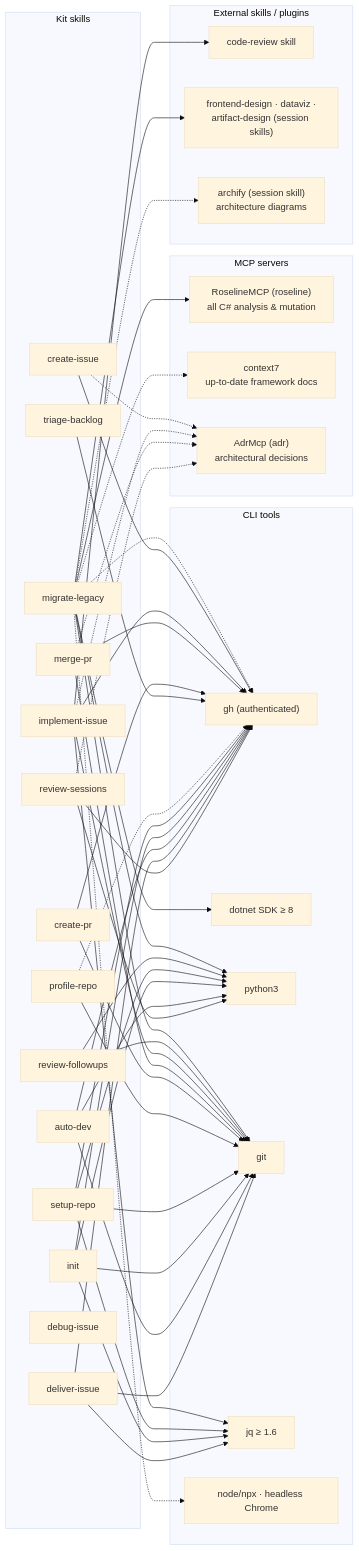
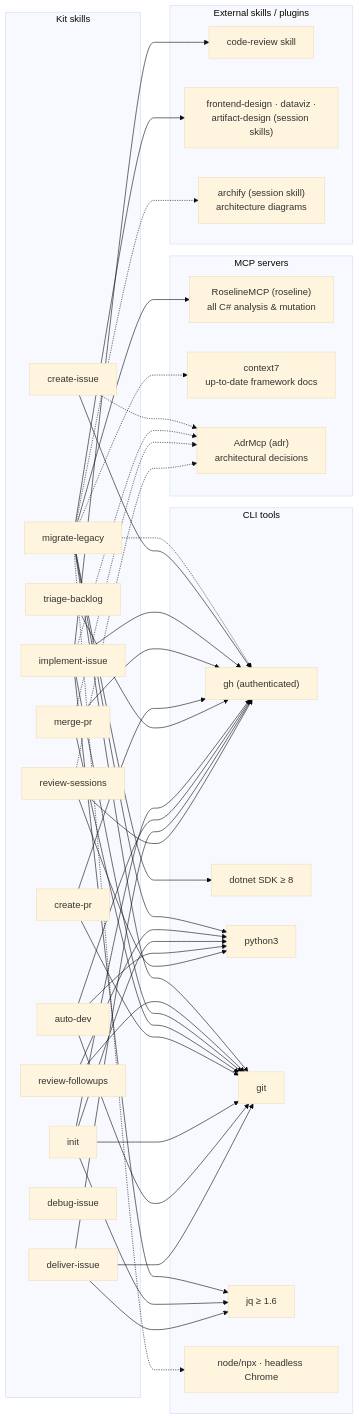
One commit to phmatray/tagout changed the second of 2 diagrams in ARCHITECTURE.md. Above: the diagram before and after it, drawn with Mermaid (base theme). The commit also changed other lines of this file and 94 other files, not shown here.

First line of the commit message:
feat(init)!: profile-repo and setup-repo merge into init (#703) (#709)

```diff
--- a/ARCHITECTURE.md
+++ b/ARCHITECTURE.md
@@ -137,8 +131,6 @@
         CP[create-pr]
         MP[merge-pr]
         TB[triage-backlog]
-        RP[profile-repo]
-        SR[setup-repo]
         IN[init]
         DI[debug-issue]
         RS[review-sessions]
@@ -196,13 +188,6 @@
 
     TB --> GH
 
-    RP --> GIT
-    RP -.-> GH
-
-    SR --> GIT
-    SR --> PY
-    SR --> JQ
-    SR --> GH
     IN --> GIT
     IN --> PY
     IN --> JQ
```
